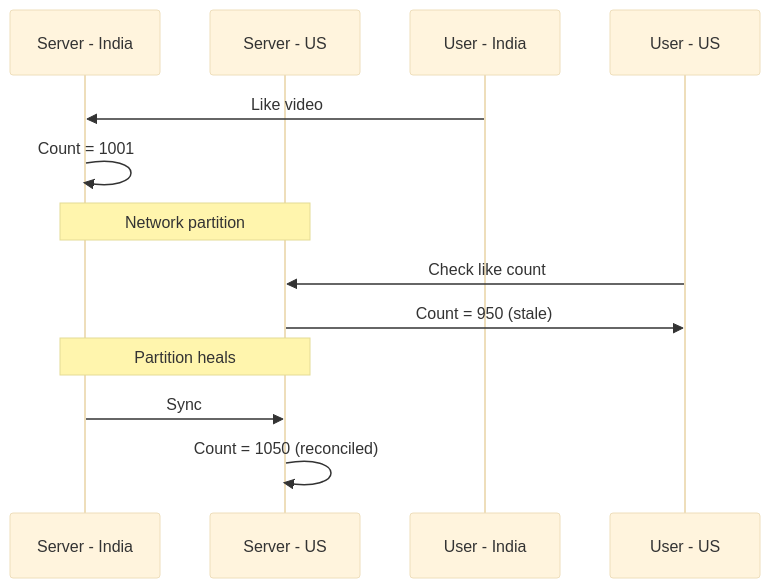
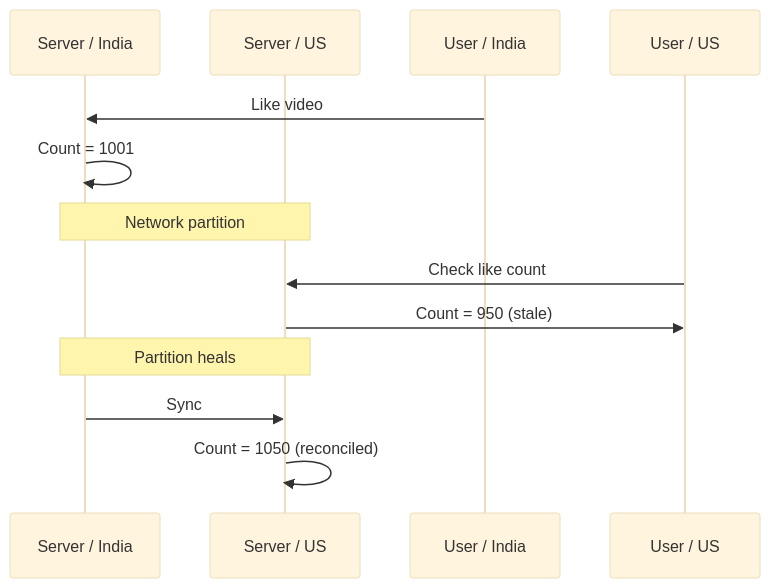
Before and after one commit to hsoni92/ml-workbook: the second of 3 diagrams in bits-pilani/trimester-3/notes/big-data-platforms-and-analytics/week-02/05-trade-offs-cp-vs-ap-systems-transcript.md, drawn with Mermaid (base theme). The commit also changed other lines of this file and 59 other files, not shown here.

````diff
--- a/bits-pilani/trimester-3/notes/big-data-platforms-and-analytics/week-02/05-trade-offs-cp-vs-ap-systems-transcript.md
+++ b/bits-pilani/trimester-3/notes/big-data-platforms-and-analytics/week-02/05-trade-offs-cp-vs-ap-systems-transcript.md
@@ -55,15 +55,15 @@
 ```mermaid
 sequenceDiagram
-    participant IN as Server - India
-    participant US as Server - US
-    participant U1 as User - India
-    participant U2 as User - US
+    participant IN as Server / India
+    participant US as Server / US
+    participant U1 as User / India
+    participant U2 as User / US
     U1->>IN: Like video
     IN->>IN: Count = 1001
     Note over IN,US: Network partition
     U2->>US: Check like count
     US->>U2: Count = 950 (stale)
     Note over IN,US: Partition heals
     IN->>US: Sync
     US->>US: Count = 1050 (reconciled)
 ```
````
